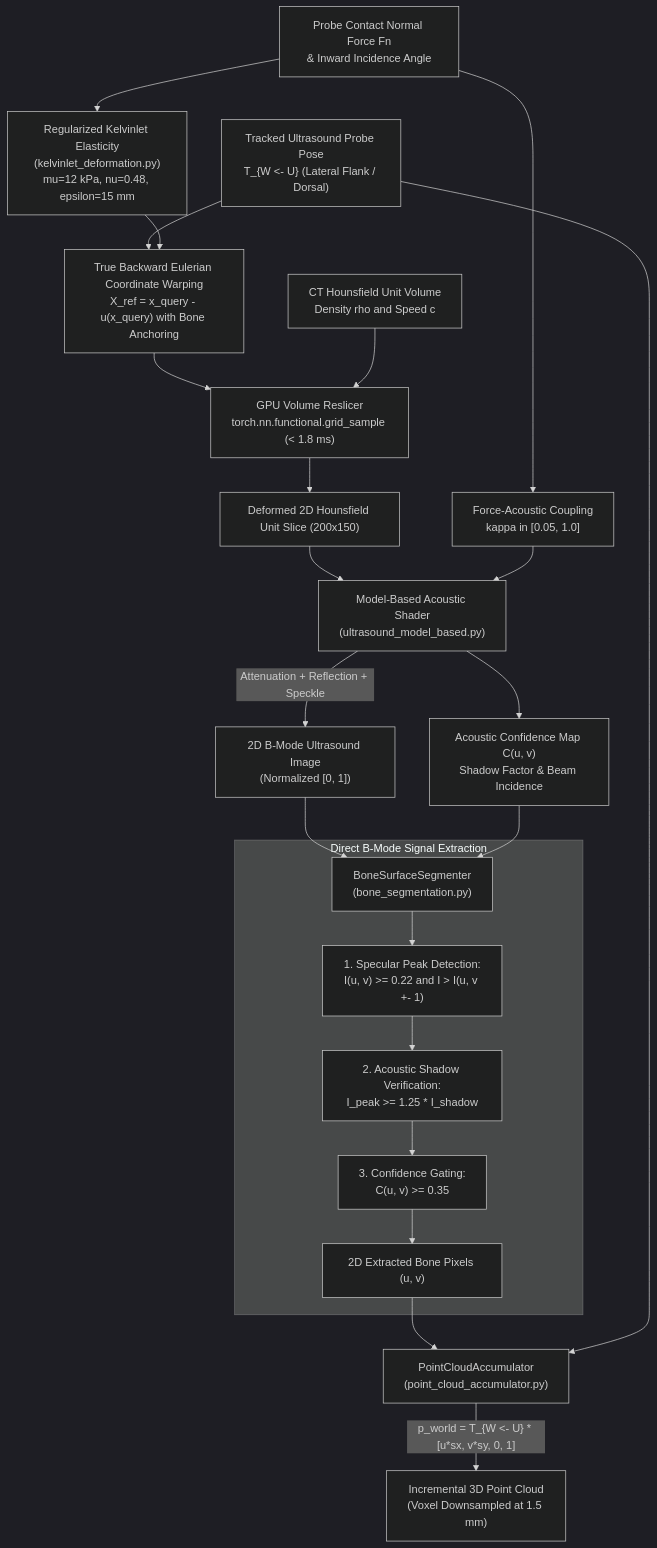
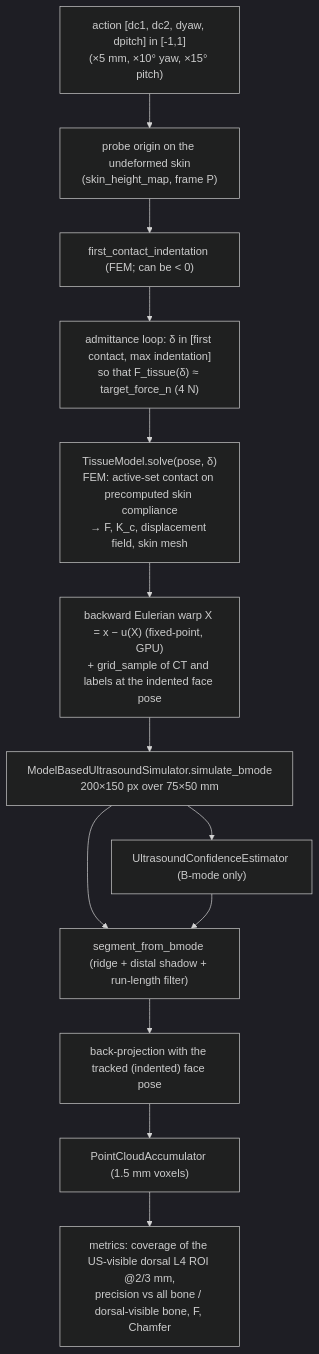
One commit to rishang19dx/MTP-Surgical-Robotcs changed the third of 4 diagrams in FLOW.md. Above: the diagram before and after it, drawn with Mermaid (dark theme). The commit also changed other lines of this file and 12 other files, not shown here.

First line of the commit message:
docs: rewrite README/FLOW/AGENTS/QUIZME to match the code; DEC-038

````diff
--- a/FLOW.md
+++ b/FLOW.md
@@ -86,30 +108,15 @@
 ```mermaid
 flowchart TD
-    ProbePose["Tracked Ultrasound Probe Pose\nT_{W <- U} (Lateral Flank / Dorsal)"] --> WarpGrid["True Backward Eulerian Coordinate Warping\nX_ref = x_query - u(x_query) with Bone Anchoring"]
-    Force["Probe Contact Normal Force Fn\n& Inward Incidence Angle"] --> Kelvinlet["Regularized Kelvinlet Elasticity\n(kelvinlet_deformation.py)\nmu=12 kPa, nu=0.48, epsilon=15 mm"]
-    Kelvinlet --> WarpGrid
-    WarpGrid --> GridSample["GPU Volume Reslicer\ntorch.nn.functional.grid_sample (< 1.8 ms)"]
-    CTVol["CT Hounsfield Unit Volume\nDensity rho and Speed c"] --> GridSample
-    GridSample --> HU_Slice["Deformed 2D Hounsfield Unit Slice (200x150)"]
-
-    HU_Slice --> AcousticShader["Model-Based Acoustic Shader\n(ultrasound_model_based.py)"]
-    Force --> Coupling["Force-Acoustic Coupling\nkappa in [0.05, 1.0]"]
-    Coupling --> AcousticShader
-
-    AcousticShader -->|"Attenuation + Reflection + Speckle"| BMode["2D B-Mode Ultrasound Image\n(Normalized [0, 1])"]
-    AcousticShader --> ConfMap["Acoustic Confidence Map C(u, v)\nShadow Factor & Beam Incidence"]
-
-    BMode --> Seg["BoneSurfaceSegmenter\n(bone_segmentation.py)"]
-    ConfMap --> Seg
-
-    subgraph Direct_US_Segmentation["Direct B-Mode Signal Extraction"]
-        Seg --> S1["1. Specular Peak Detection:\nI(u, v) >= 0.22 and I > I(u, v +- 1)"]
-        S1 --> S2["2. Acoustic Shadow Verification:\nI_peak >= 1.25 * I_shadow"]
-        S2 --> S3["3. Confidence Gating:\nC(u, v) >= 0.35"]
-        S3 --> Contours["2D Extracted Bone Pixels (u, v)"]
-    end
-
-    Contours --> Accum["PointCloudAccumulator\n(point_cloud_accumulator.py)"]
-    ProbePose --> Accum
-    Accum -->|"p_world = T_{W <- U} * [u*sx, v*sy, 0, 1]"| VoxelGrid["Incremental 3D Point Cloud\n(Voxel Downsampled at 1.5 mm)"]
+    A["action [dc1, dc2, dyaw, dpitch] in [-1,1]\n(×5 mm, ×10° yaw, ×15° pitch)"] --> Pose["probe origin on the undeformed skin\n(skin_height_map, frame P)"]
+    Pose --> FC["first_contact_indentation (FEM; can be < 0)"]
+    FC --> Adm["admittance loop: δ in [first contact, max indentation]\nso that F_tissue(δ) ≈ target_force_n (4 N)"]
+    Adm --> Solve["TissueModel.solve(pose, δ)\nFEM: active-set contact on precomputed skin compliance\n→ F, K_c, displacement field, skin mesh"]
+    Solve --> Warp["backward Eulerian warp X = x − u(X) (fixed-point, GPU)\n+ grid_sample of CT and labels at the indented face pose"]
+    Warp --> US["ModelBasedUltrasoundSimulator.simulate_bmode\n200×150 px over 75×50 mm"]
+    US --> Conf["UltrasoundConfidenceEstimator (B-mode only)"]
+    US --> Seg["segment_from_bmode (ridge + distal shadow + run-length filter)"]
+    Conf --> Seg
+    Seg --> BP["back-projection with the tracked (indented) face pose"]
+    BP --> Acc["PointCloudAccumulator (1.5 mm voxels)"]
+    Acc --> Met["metrics: coverage of the US-visible dorsal L4 ROI @2/3 mm,\nprecision vs all bone / dorsal-visible bone, F, Chamfer"]
 ```
````
